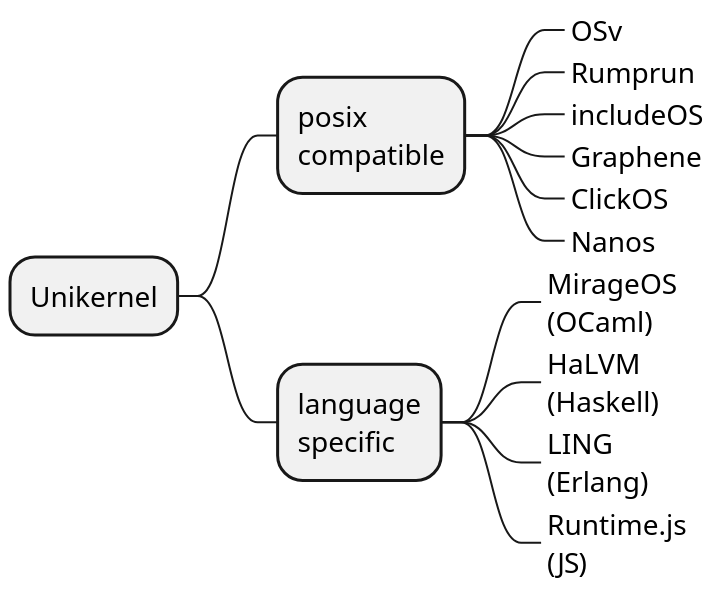
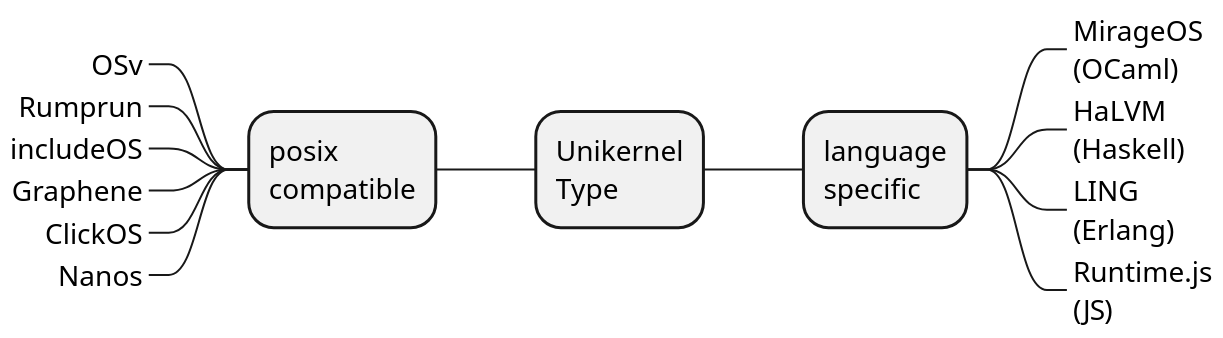
Before and after one commit to doyu/elc2019: the diagram in unikernel-mindmap.puml, drawn with PlantUML. The commit also changed 5 other files, not shown here.

```diff
--- a/unikernel-mindmap.puml
+++ b/unikernel-mindmap.puml
@@ -1,17 +1,17 @@
 @startmindmap
 scale 2.0
-+ Unikernel
-++ posix\ncompatible
-+++_ OSv
-+++_ Rumprun
-+++_ includeOS
-+++_ Graphene
-+++_ ClickOS
-+++_ Nanos
+- Unikernel\nType
+-- posix\ncompatible
+---_ OSv
+---_ Rumprun
+---_ includeOS
+---_ Graphene
+---_ ClickOS
+---_ Nanos
 ++ language\nspecific
 +++_ MirageOS\n(OCaml)
 +++_ HaLVM\n(Haskell)
 +++_ LING\n(Erlang)
 +++_ Runtime.js\n(JS)
 
 @endmindmap
```
